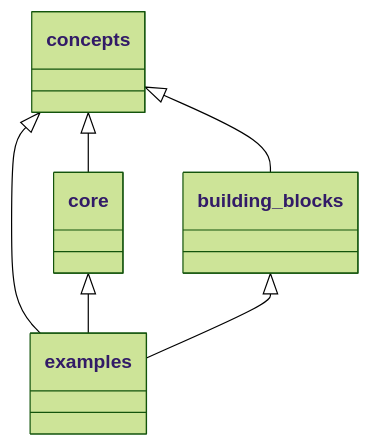
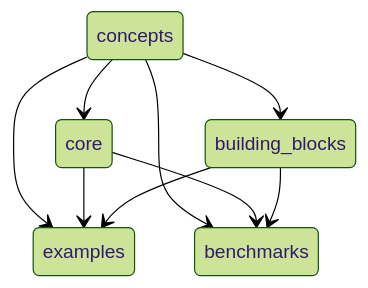
Before and after one commit to jonaspleyer/cellular_raza: the diagram in cellular_raza-homepage/content/internals/_index.md, drawn with Mermaid (forest theme).

Commit message:
first (rather unpleasent) attempt at dependency graph

````diff
--- a/cellular_raza-homepage/content/internals/_index.md
+++ b/cellular_raza-homepage/content/internals/_index.md
@@ -11,8 +11,11 @@
 ```mermaid
-classDiagram
-    concepts <|-- core
-    concepts <|-- building_blocks
-    concepts <|-- examples
-    core <|-- examples
-    building_blocks <|-- examples
+stateDiagram-v2
+    concepts --> core
+    concepts --> building_blocks
+    concepts --> examples
+    concepts --> benchmarks
+    core --> examples
+    core --> benchmarks
+    building_blocks --> examples
+    building_blocks --> benchmarks
 ```
````
